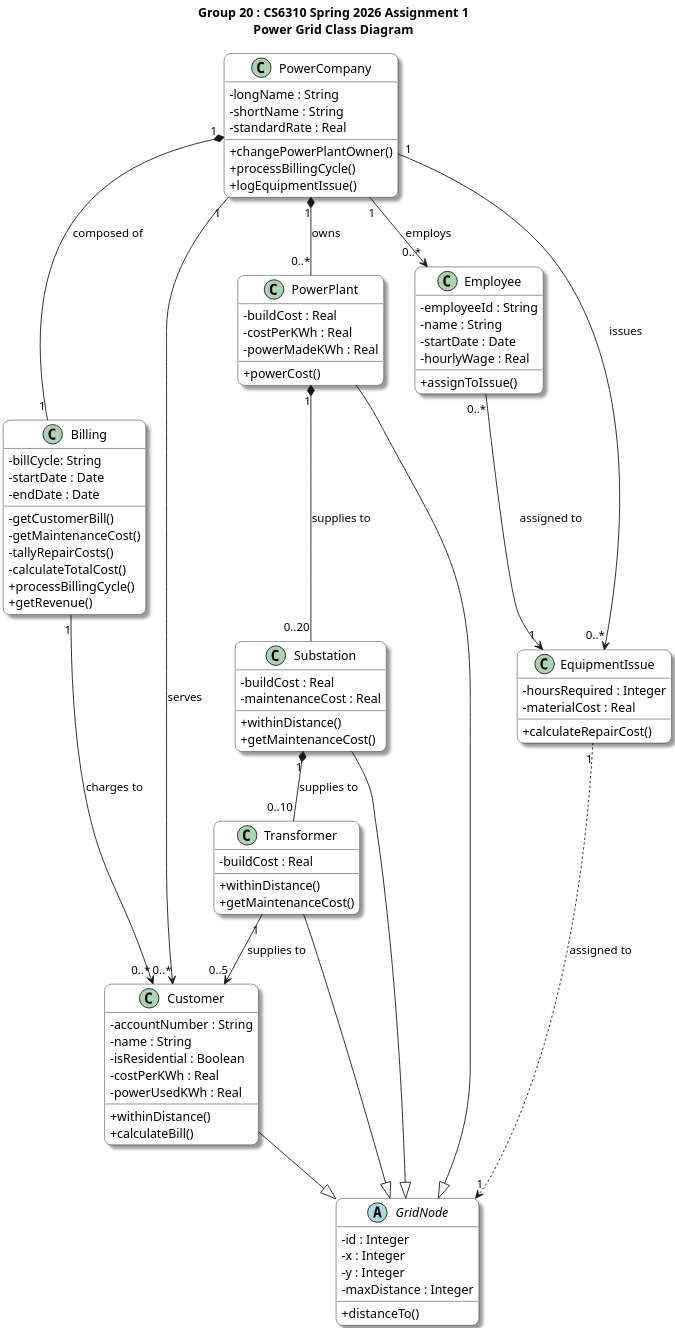
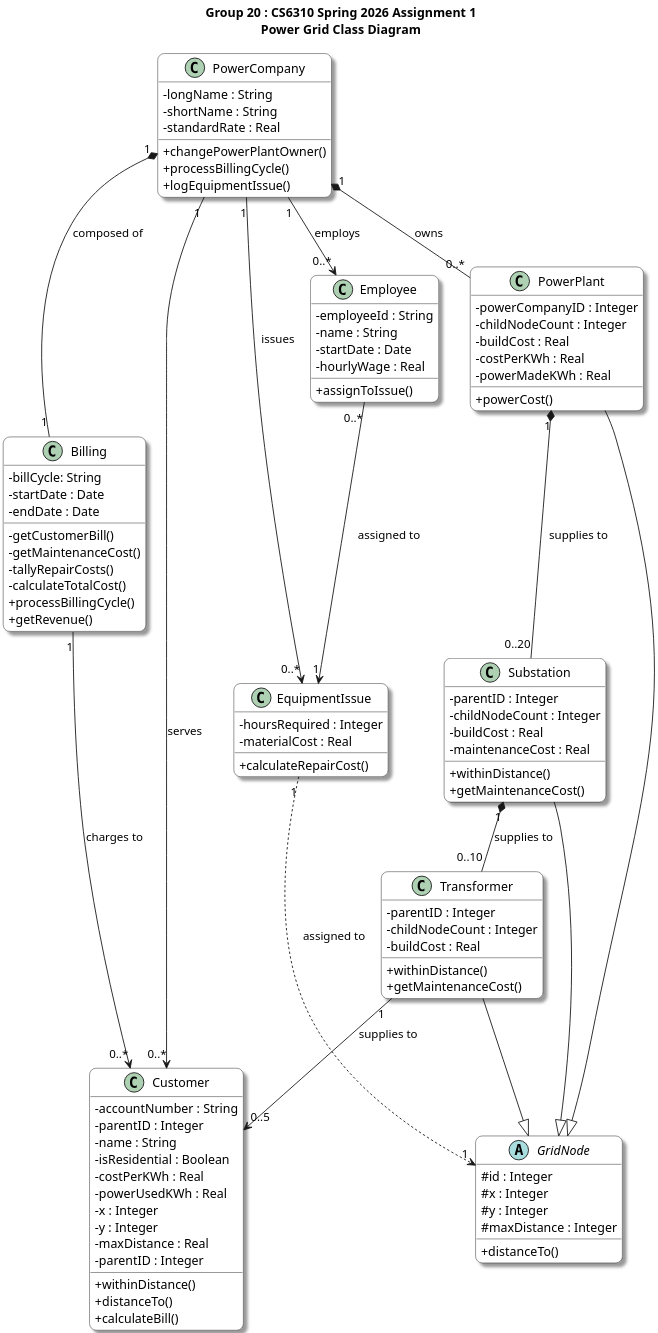
The diagram in code/class_diagram_altered_from_Nick.puml (phrabit2/CS6310-Design-UML), drawn with PlantUML before and after one commit.

Commit message:
Updated class diagram
In total:
- Fixed GridNode attributes to make them protected.
- Added parentID and childNodeCount to track position in network (kept separate from GridNode, but I think making them GridNode attributes would make sense.)
- Added a powerCompanyID to PowerPlant.

```diff
--- a/code/class_diagram_altered_from_Nick.puml
+++ b/code/class_diagram_altered_from_Nick.puml
@@ -1,171 +1,183 @@
 @startuml Power Grid Class Diagram
 '!theme plain
 title Group 20 : CS6310 Spring 2026 Assignment 1\nPower Grid Class Diagram
 
 ' ALT - D for preview of the diagram
 
 
 /' Reminders and Guidelines
 
 - Max 10 classes
 - Required elements: attribute types, relationship types
 - REMOVE operation parameters and return types
 - Cardinalities required
 
 
 '/
 
 ' Display settings for the chart, itself
 'skinparam style strictuml
 skinparam shadowing true
 skinparam roundcorner 15
 skinparam classBackgroundColor white
 'skinparam classBorderColor black
 'skinparam ArrowColor black
 'skinparam LineColor black
 'skinparam defaultFontName "Arial"
 'skinparam linetype ortho
 skinparam dpi 250
 skinparam classAttributeIconSize 0
 
 'skinparam pageWidth 5000
 'skinparam pageHeight 5000
 skinparam pageSize A0
 
 'hide methods
 
 class PowerCompany {
   - longName : String
   - shortName : String
   - standardRate : Real
    + changePowerPlantOwner() 
    '(plant : PowerPlant, newOwner : PowerCompany)
    + processBillingCycle() 
    ' : Real
    + logEquipmentIssue() 
    ' (issue : EquipmentIssue) : void
 }
 
 class Billing {
   - billCycle: String
   - startDate : Date
   - endDate : Date
 '  - revenue : Real
    - getCustomerBill() 
    ' : Real
    - getMaintenanceCost() 
    ' : Real
    - tallyRepairCosts() 
    ' : Real
    - calculateTotalCost() 
    ' : Real
    + processBillingCycle() 
    ' : Real
    + getRevenue() 
    ' : Real
 }
 
 'GridNode & Types
 abstract class GridNode {
-  - id : Integer 
-  - x : Integer
-  - y : Integer
-  - maxDistance : Integer
+  # id : Integer 
+  # x : Integer
+  # y : Integer
+  # maxDistance : Integer
    + distanceTo() 
    ' (other : Location) : Integer
 }
 
 class Customer {
   - accountNumber : String
+  - parentID : Integer
   - name : String
   - isResidential : Boolean
   - costPerKWh : Real
   - powerUsedKWh : Real
- ' - maxDistance : Real
+  - x : Integer
+  - y : Integer
+  - maxDistance : Real
+  - parentID : Integer
    + withinDistance() 
    ' (transformer Transformer) : Bool
+   + distanceTo()
+   ' (other : Location) : Integer
    + calculateBill() 
    ': Real
 }
 
 class PowerPlant {
 '  - plantId : String
+  - powerCompanyID : Integer
+  - childNodeCount : Integer
   - buildCost : Real
   - costPerKWh : Real
   - powerMadeKWh : Real
    + powerCost() 
    ' : Real
 }
 
 class Substation {
 '  - substationId : String
+  - parentID : Integer
+  - childNodeCount : Integer
   - buildCost : Real
   - maintenanceCost : Real
 '  - maxDistance : Real
    + withinDistance() 
    ' (powerPlant PowerPlant) : Bool
    + getMaintenanceCost() 
    ' : Real
 }
 
 class Transformer {
 '  - transformerId : String
+  - parentID : Integer
+  - childNodeCount : Integer
   - buildCost : Real
 '  - maxDistance : Real
    + withinDistance() 
    '(substation Substation) : Bool
    + getMaintenanceCost() 
    ': Real
 }
 
 'EquipmentIssue & Employee
 class Employee {
   - employeeId : String
   - name : String
   - startDate : Date
   - hourlyWage : Real
    + assignToIssue() 
    ' (issue : EquipmentIssue) : void
 }
 
 class EquipmentIssue {
   - hoursRequired : Integer
   - materialCost : Real
    + calculateRepairCost() 
    ' (wage : Real) : Real
 }
 
 
 ' PowerCompany basic relationsihps
 PowerCompany "1" --> "0..*" Customer : serves
 PowerCompany "1" *-- "0..*" PowerPlant : owns
 PowerCompany "1" --> "0..*" Employee : employs
 PowerCompany "1" --> "0..*" EquipmentIssue : issues
 PowerCompany "1" *-- "1" Billing : composed of
 
 ' Billing relationships
 'Billing "1" o-- "1" PowerCompany
 Billing "1" --> "0..*" Customer : charges to
 'Billing "1" o-- "0..*" PowerPlant
 'Billing "1" o-- "0..*" Substation
 'Billing "1" o-- "0..*" Transformer
 'Billing "1" o-- "0..*" EquipmentIssue
 
 ' Power chain from PowerPlant to Customer
 PowerPlant "1" *-- "0..20" Substation : supplies to
 Substation "1" *-- "0..10" Transformer : supplies to
 Transformer "1" --> "0..5" Customer : supplies to
 
 ' Equipment
 Employee "0..*" --> "1" EquipmentIssue : assigned to
 EquipmentIssue "1" ..> "1" GridNode : assigned to
 
 ' GridNode Parent
-Customer --|> GridNode
+'Customer --|> GridNode
 PowerPlant --|> GridNode
 Substation --|> GridNode
 Transformer --|> GridNode
 
 
 
 @enduml
```
